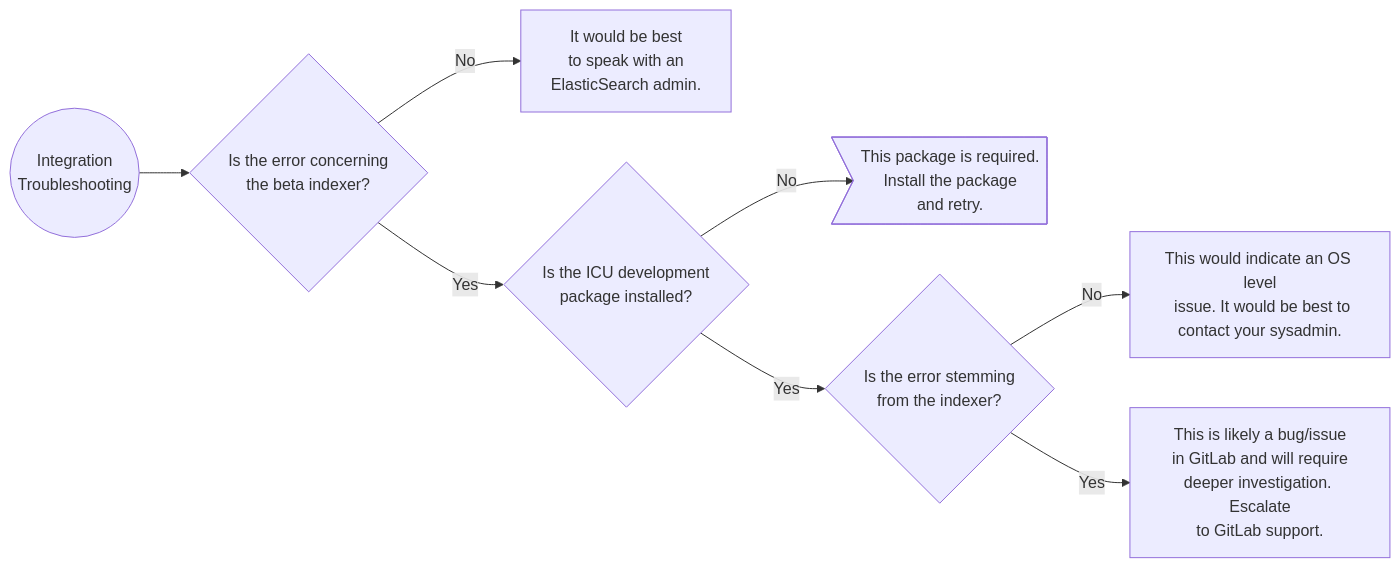
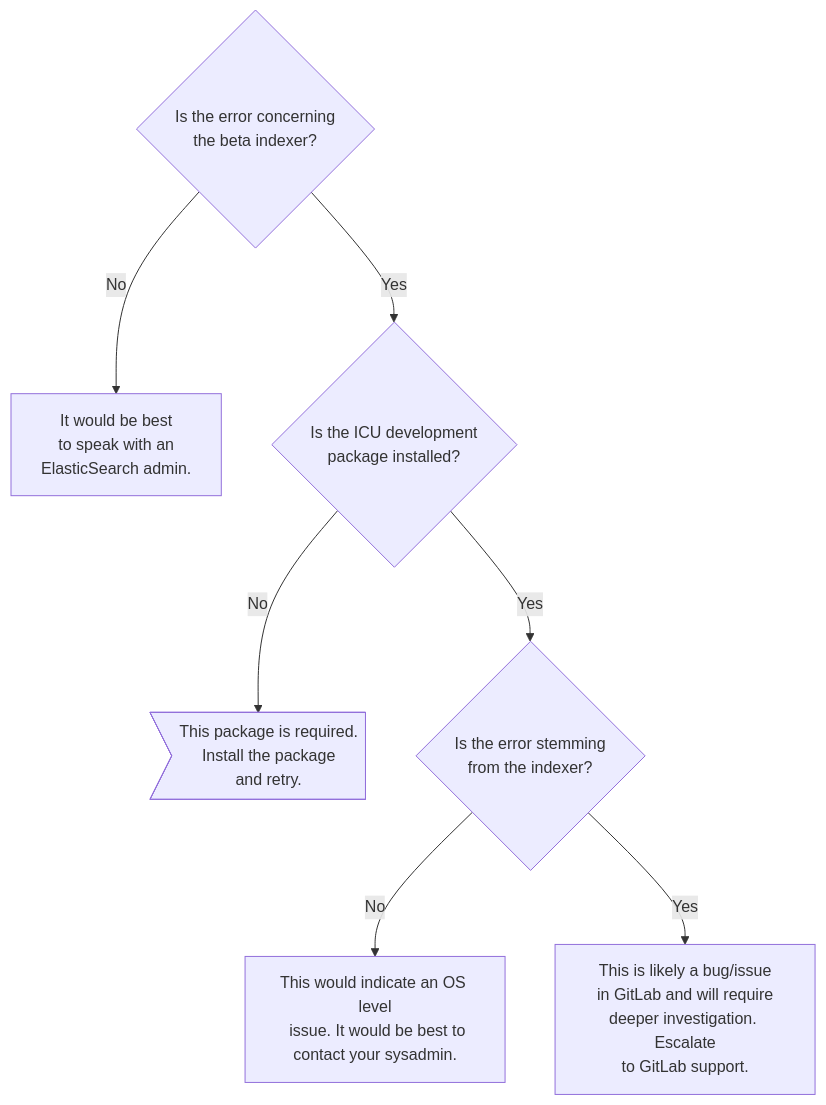
One commit to ngen-brett/gitlab-ce changed the third of 4 diagrams in doc/administration/troubleshooting/elasticsearch.md. Above: the diagram before and after it, drawn with Mermaid. The commit also changed other lines of this file, not shown here.

First line of the commit message:
Add ElasticSearch Troubleshooting

````diff
--- a/doc/administration/troubleshooting/elasticsearch.md
+++ b/doc/administration/troubleshooting/elasticsearch.md
@@ -105,18 +101,16 @@
 ```mermaid
-graph LR;
-  A --> D
+graph TD;
   D --> |No| D1
   D --> |Yes| D2
   D2 --> |No| D3
   D2 --> |Yes| D4
   D4 --> |No| D5
   D4 --> |Yes| D6
-  A((Integration<br>Troubleshooting))
   D{Is the error concerning<br>the beta indexer?}
   D1[It would be best<br>to speak with an<br>ElasticSearch admin.]
   D2{Is the ICU development<br>package installed?}
   D3>This package is required.<br>Install the package<br>and retry.]
   D4{Is the error stemming<br>from the indexer?}
   D5[This would indicate an OS level<br> issue. It would be best to<br>contact your sysadmin.]
   D6[This is likely a bug/issue<br>in GitLab and will require<br>deeper investigation. Escalate<br>to GitLab support.]
 ```
````
